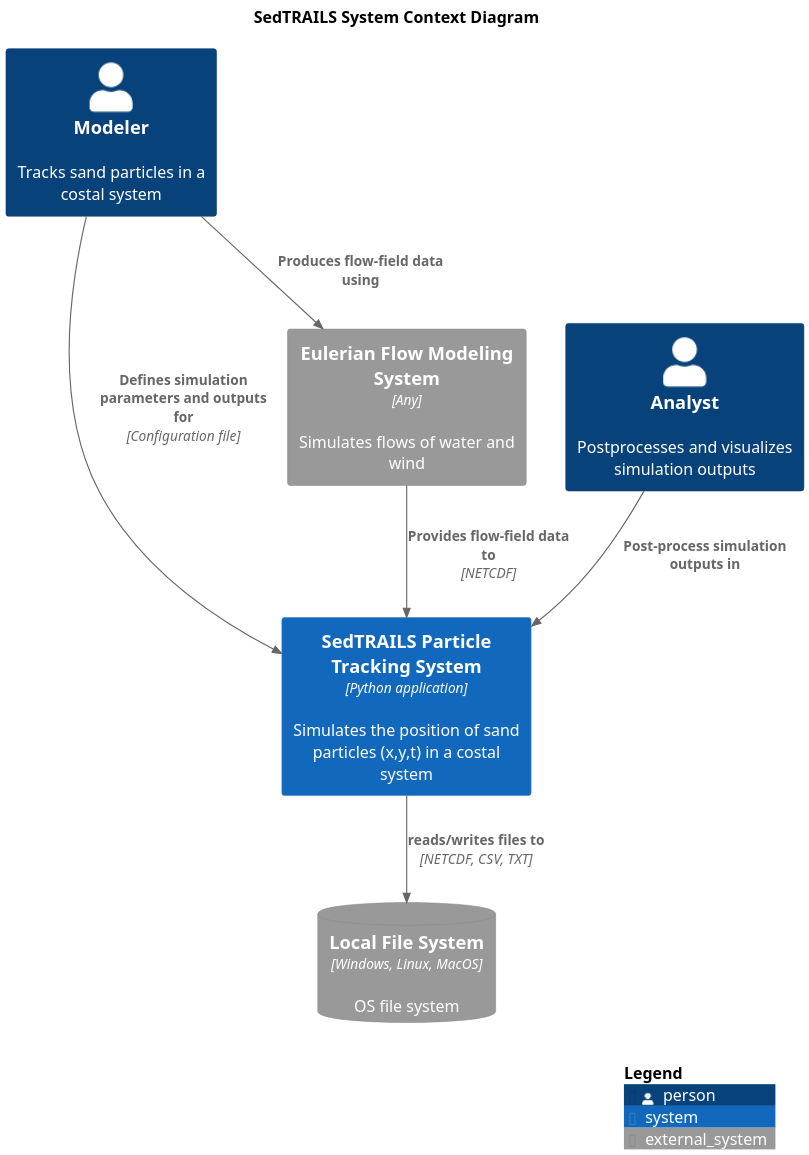
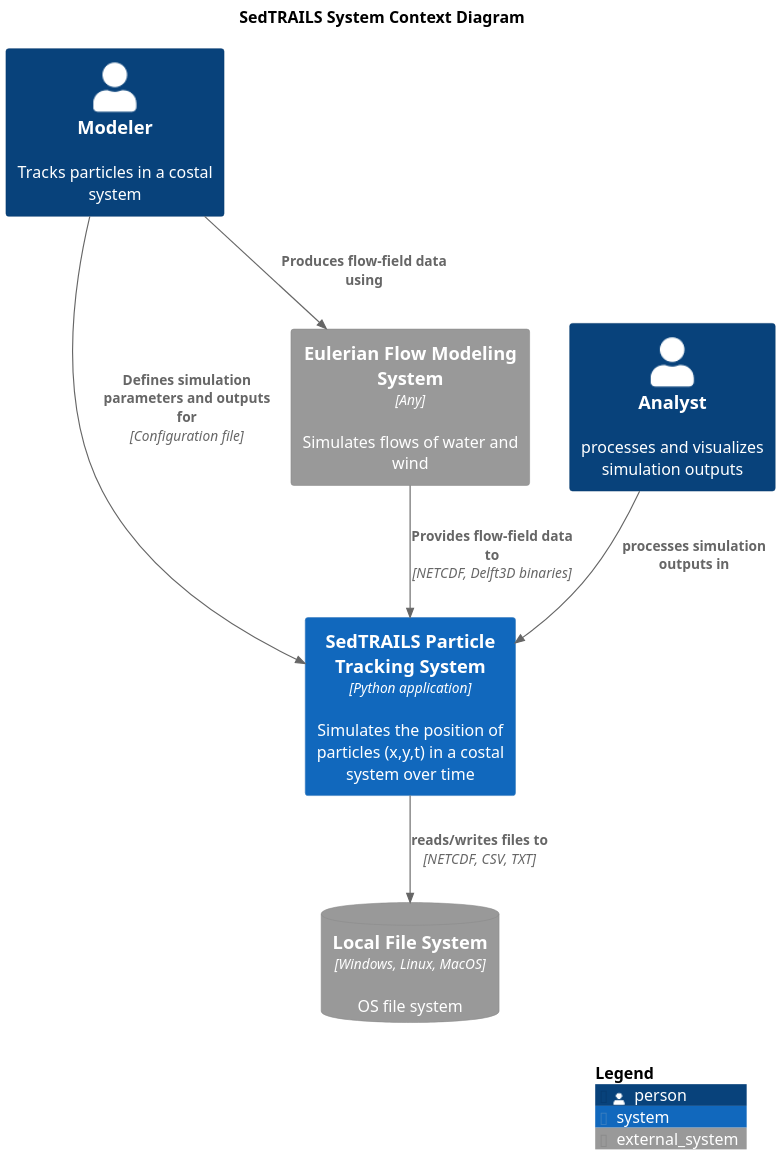
The diagram in diagrams/context-system.puml (sgpearson17/sedtrails-sgp), drawn with PlantUML before and after one commit.

Commit message:
refine context diagram descriptions and relationships in context-system.puml

```diff
--- a/diagrams/context-system.puml
+++ b/diagrams/context-system.puml
@@ -1,32 +1,29 @@
 @startuml SedtrailContext
 !include ./c4/C4_Context.puml
 
 ' !theme C4_sandstone from ./c4/themes
 title SedTRAILS System Context Diagram
 scale 2
 
-Person(modeler, "Modeler", "Tracks sand particles in a costal system")
-Person(analyst, "Analyst", "Postprocesses and visualizes simulation outputs")
+Person(modeler, "Modeler", "Tracks particles in a costal system")
+Person(analyst, "Analyst", "processes and visualizes simulation outputs")
 
-' PRINCIPLES OF DEVELOPING:
-' Modularity and extensibility in every component
-
-System(sedtrails, "SedTRAILS Particle Tracking System", "Simulates the position of sand particles (x,y,t) in a costal system", $type="Python application")
+System(sedtrails, "SedTRAILS Particle Tracking System", "Simulates the position of particles (x,y,t) in a costal system over time", $type="Python application")
 
 System_Ext(flowSystem, "Eulerian Flow Modeling System", "Simulates flows of water and wind", $type="Any")
 
 SystemDb_Ext(fileSystem, "Local File System", "OS file system", $type="Windows, Linux, MacOS")
 
-Rel(analyst, sedtrails, "Post-process simulation outputs in")
+Rel(analyst, sedtrails, "processes simulation outputs in")
 Rel(sedtrails, fileSystem, "reads/writes files to", "NETCDF, CSV, TXT")
 
 Rel(modeler, sedtrails, "Defines simulation parameters and outputs for", "Configuration file")
 Rel(modeler, flowSystem, "Produces flow-field data using")
 
 ' Rel(connectivityNetworkSys, sedtrails, "Accesses simulation outputs from", "NETCDF")
 ' Rel(statisticsSys, sedtrails, "Accesses simulation outputs from", "NETCDF")
 
-Rel(flowSystem, sedtrails, "Provides flow-field data to ", "NETCDF")
+Rel(flowSystem, sedtrails, "Provides flow-field data to ", "NETCDF, Delft3D binaries")
 
 SHOW_LEGEND()
 @enduml
```
